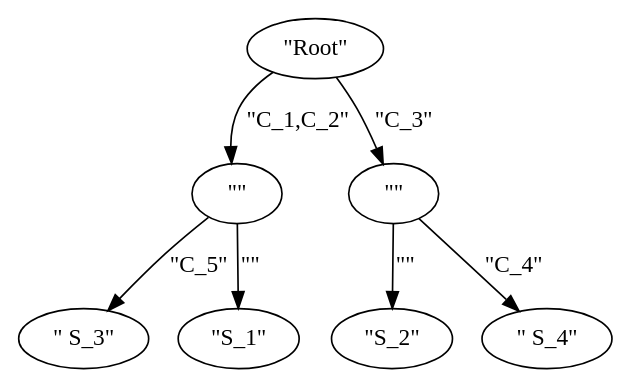
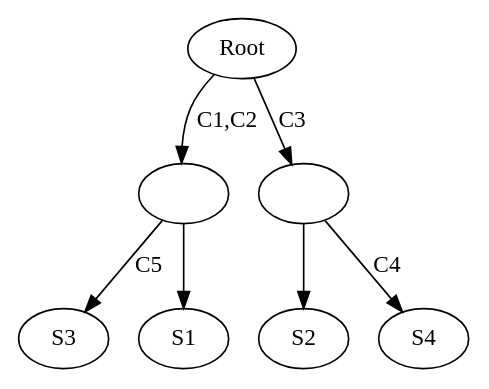
The diagram in output/good.dot (dlcgold/perfect-phylogeny-rs), drawn with Graphviz before and after one commit. The commit also changed 6 other files, not shown here.

```diff
--- a/output/good.dot
+++ b/output/good.dot
@@ -1,15 +1,15 @@
 digraph {
-    0 [ label = "\"Root\"" ]
-    1 [ label = "\"S_2\"" ]
-    2 [ label = "\"\"" ]
-    3 [ label = "\"\"" ]
-    4 [ label = "\" S_3\"" ]
-    5 [ label = "\" S_4\"" ]
-    6 [ label = "\"S_1\"" ]
-    3 -> 1 [ label = "\"\"" ]
-    0 -> 2 [ label = "\"C_1,C_2\"" ]
-    0 -> 3 [ label = "\"C_3\"" ]
-    2 -> 4 [ label = "\"C_5\"" ]
-    3 -> 5 [ label = "\"C_4\"" ]
-    2 -> 6 [ label = "\"\"" ]
+    0 [ label ="Root"]
+    1 [ label ="S2"]
+    2 [ label =""]
+    3 [ label =""]
+    4 [ label ="S3"]
+    5 [ label ="S4"]
+    6 [ label ="S1"]
+    3 -> 1 [ label =""]
+    0 -> 2 [ label ="C1,C2"]
+    0 -> 3 [ label ="C3"]
+    2 -> 4 [ label ="C5"]
+    3 -> 5 [ label ="C4"]
+    2 -> 6 [ label =""]
 }
```
